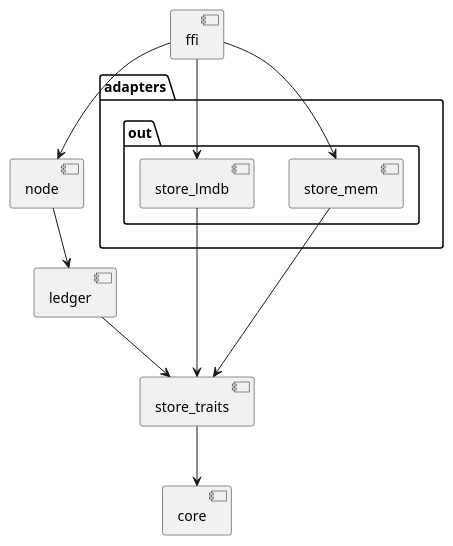
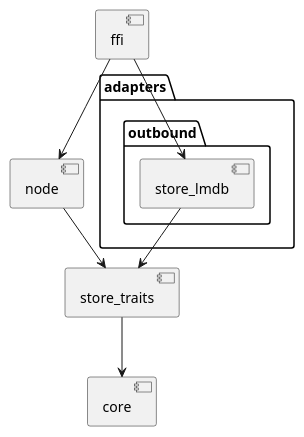
The diagram in rust/doc/crates.puml (stjet/rsban-node), drawn with PlantUML before and after one commit. The commit also changed 2 other files, not shown here.

```diff
--- a/rust/doc/crates.puml
+++ b/rust/doc/crates.puml
@@ -1,25 +1,20 @@
 @startuml "Split crates"
 
 [core]
 [store_traits]
-[ledger]
 [node]
 [ffi]
 
 folder "adapters"{
-    folder "out"{
+    folder "outbound"{
             [store_lmdb]
-            [store_mem]
     }
 }
 
 [store_traits] --> [core]
-[ledger] --> [store_traits]
 [store_lmdb] --> [store_traits]
-[store_mem] --> [store_traits]
-[node] --> [ledger]
+[node] --> [store_traits]
 [ffi] --> [store_lmdb]
-[ffi] --> [store_mem]
 [ffi] --> [node]
 
 @enduml
```
